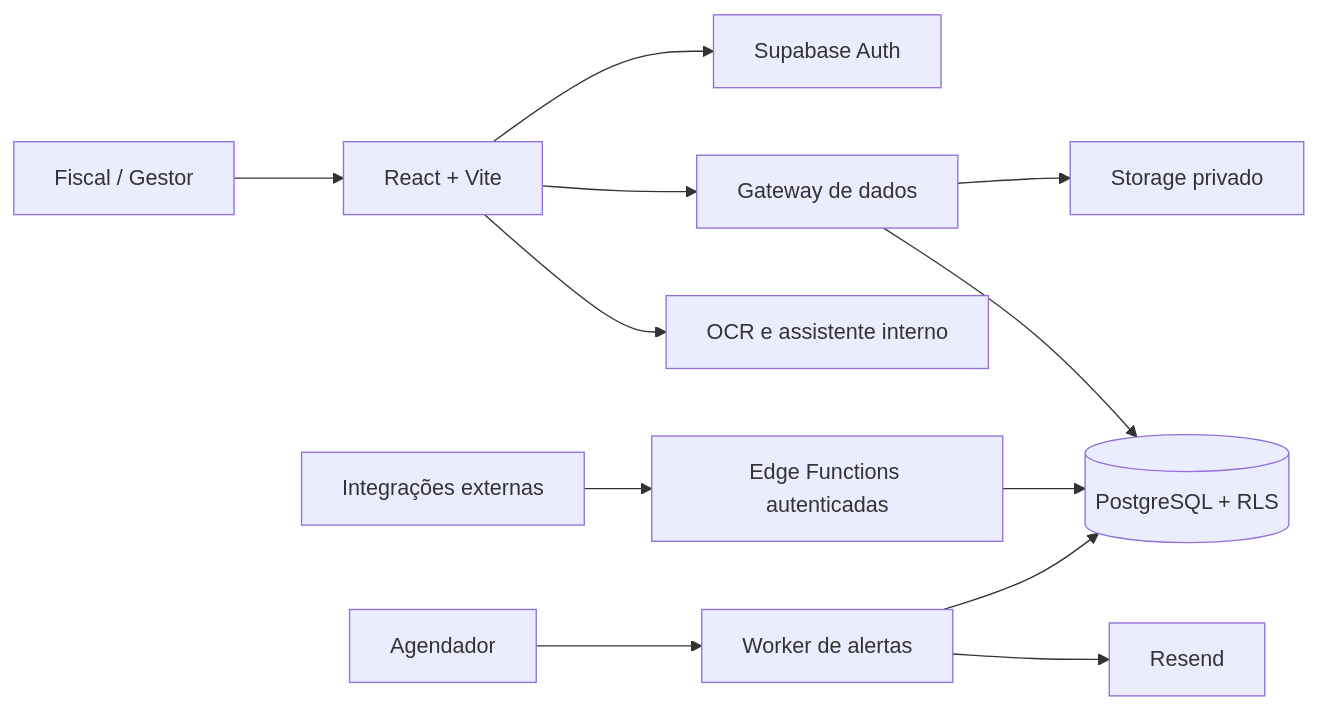
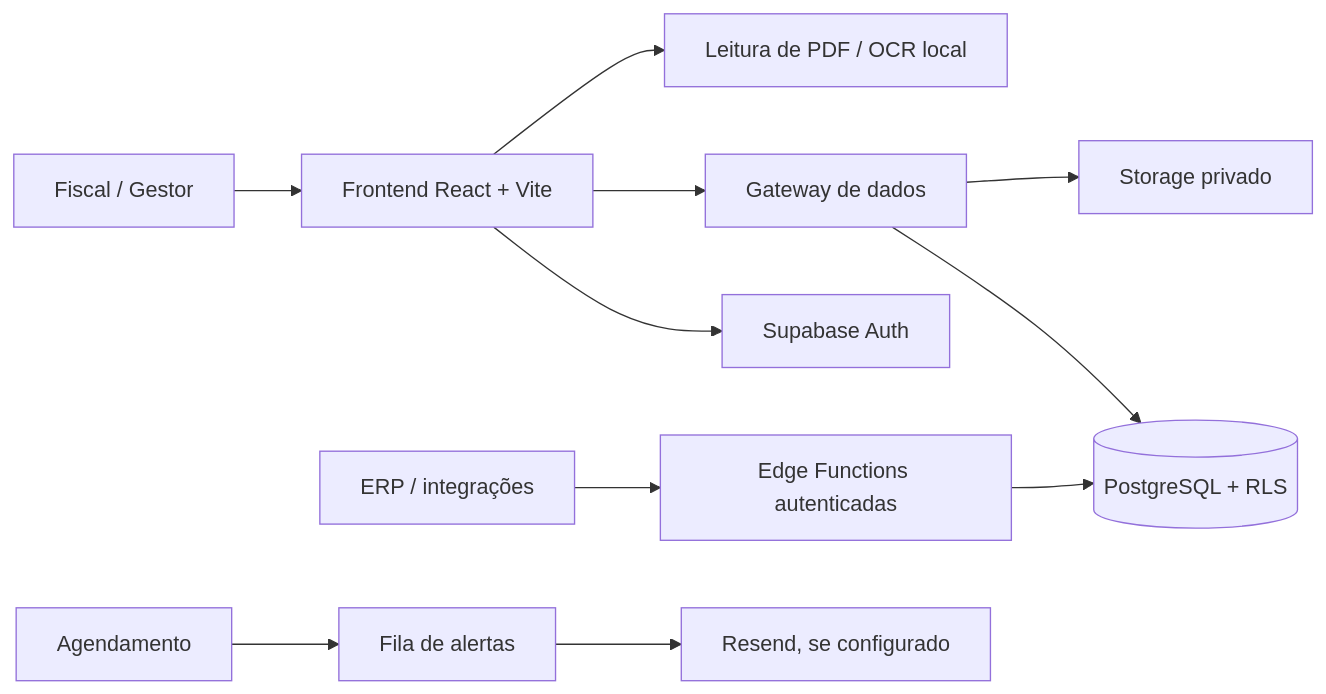
Before and after one commit to WalterMatheusgg/Licits: the diagram in README.md, drawn with Mermaid. The commit also changed other lines of this file, not shown here.

````diff
--- a/README.md
+++ b/README.md
@@ -239,14 +116,13 @@
-~~~mermaid
+```mermaid
 flowchart LR
-    P["Fiscal / Gestor"] --> UI["React + Vite"]
-    UI --> AUTH["Supabase Auth"]
-    UI --> G["Gateway de dados"]
-    G --> DB[("PostgreSQL + RLS")]
-    G --> ST["Storage privado"]
-    UI --> LOCAL["OCR e assistente interno"]
-    ERP["Integrações externas"] --> EDGE["Edge Functions autenticadas"]
-    EDGE --> DB
-    CRON["Agendador"] --> EMAIL["Worker de alertas"]
-    EMAIL --> DB
-    EMAIL --> RESEND["Resend"]
-~~~
+  Fiscal["Fiscal / Gestor"] --> UI["Frontend React + Vite"]
+  UI --> Auth["Supabase Auth"]
+  UI --> Gateway["Gateway de dados"]
+  Gateway --> DB[("PostgreSQL + RLS")]
+  Gateway --> Storage["Storage privado"]
+  UI --> OCR["Leitura de PDF / OCR local"]
+  Integracao["ERP / integrações"] --> Edge["Edge Functions autenticadas"]
+  Edge --> DB
+  Rotina["Agendamento"] --> Fila["Fila de alertas"]
+  Fila --> Email["Resend, se configurado"]
+```
````
